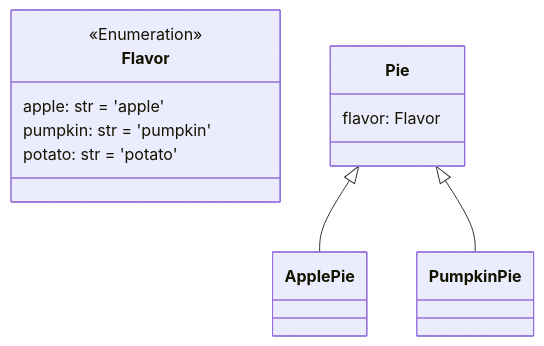
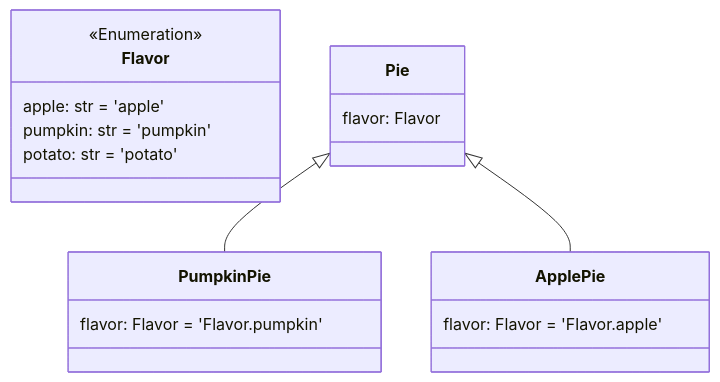
Before and after one commit to EricWebsmith/pydantic-2-mermaid: the diagram in tests/mock/enum_example.md, drawn with Mermaid. The commit also changed 20 other files, not shown here.

````diff
--- a/tests/mock/enum_example.md
+++ b/tests/mock/enum_example.md
@@ -1,23 +1,27 @@
 ```mermaid
 classDiagram
+
     class Flavor {
         <<Enumeration>>
         apple: str = 'apple'
         pumpkin: str = 'pumpkin'
         potato: str = 'potato'
     }
 
     class Pie {
         flavor: Flavor
     }
 
     class ApplePie {
+        flavor: Flavor = 'Flavor.apple'
     }
 
     class PumpkinPie {
+        flavor: Flavor = 'Flavor.pumpkin'
     }
 
 
+    Pie <|-- PumpkinPie
     Pie <|-- ApplePie
-    Pie <|-- PumpkinPie
+
 ```
````
